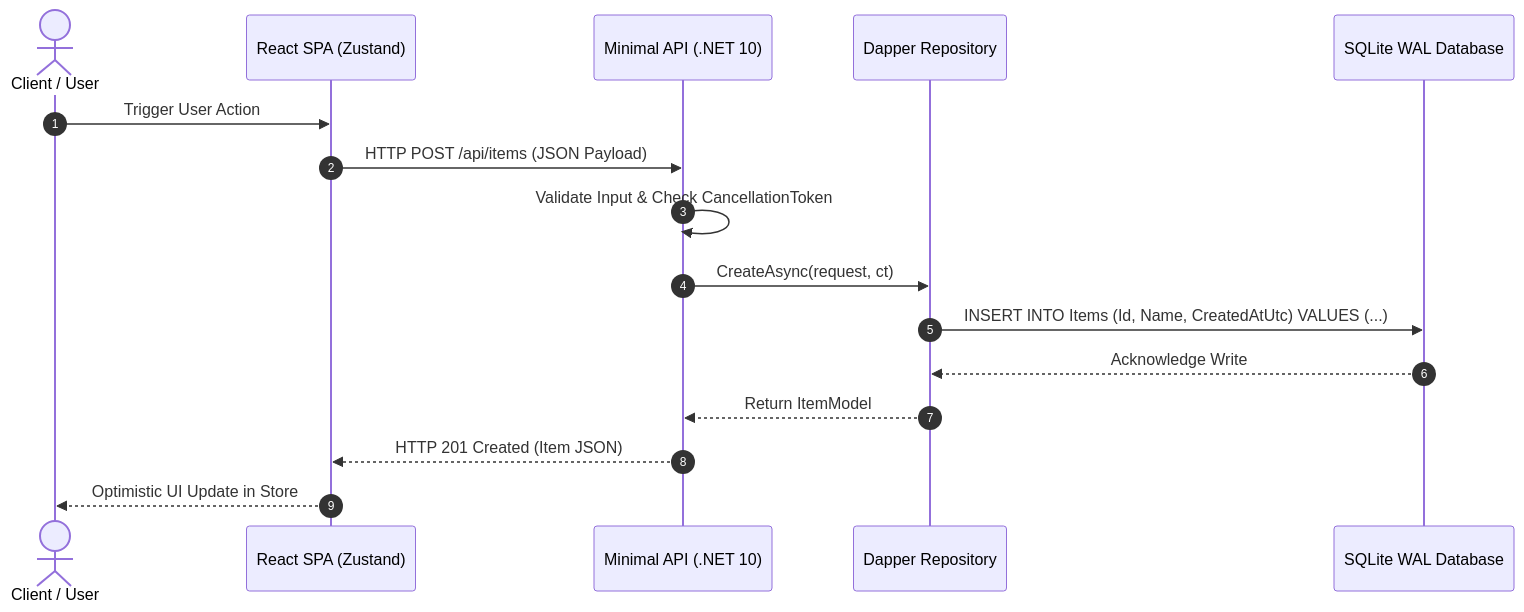
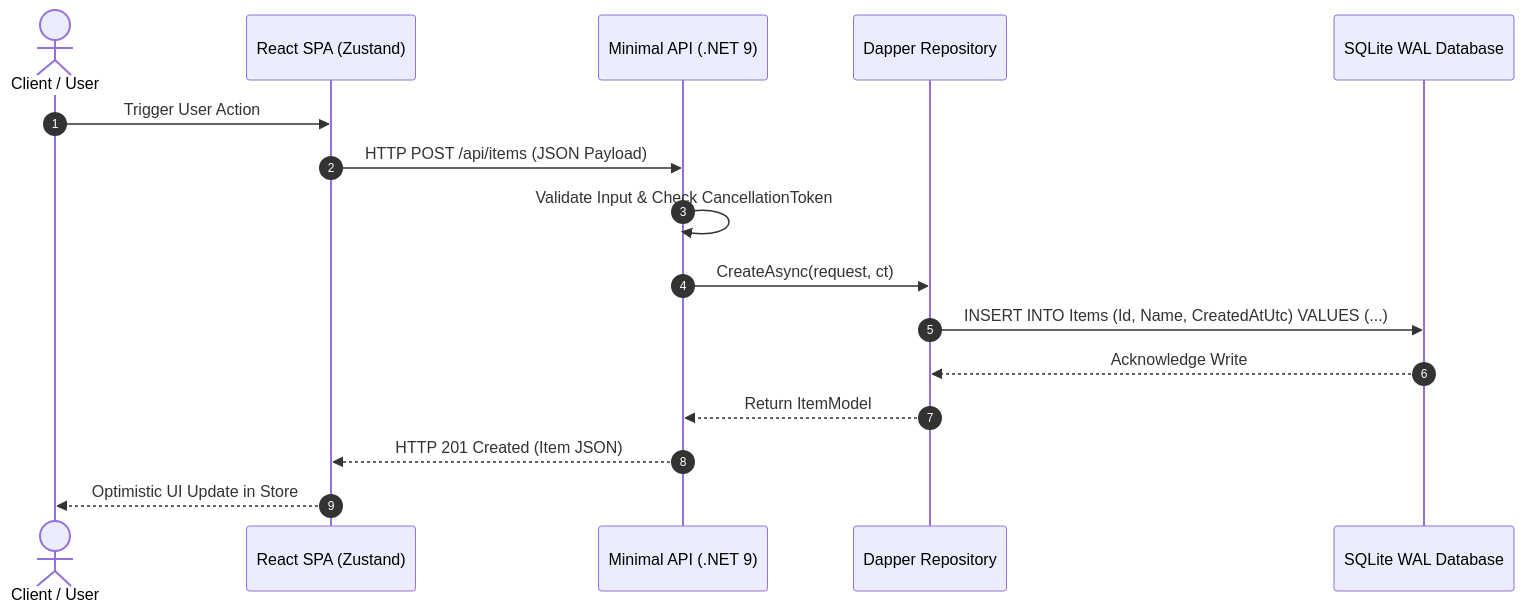
One commit to spelech/AgenticEngineeringToolbelt changed the second of 2 diagrams in templates/docs/ARCHITECTURE.md. Above: the diagram before and after it, drawn with Mermaid. The commit also changed other lines of this file and 12 other files, not shown here.

Commit message:
fix(standards,templates): harmonize .NET 9 versions, CI triggers, and feedback envelope schemas

````diff
--- a/templates/docs/ARCHITECTURE.md
+++ b/templates/docs/ARCHITECTURE.md
@@ -47,19 +47,19 @@
 ```mermaid
 sequenceDiagram
     autonumber
     actor User as Client / User
     participant Frontend as React SPA (Zustand)
-    participant API as Minimal API (.NET 10)
+    participant API as Minimal API (.NET 9)
     participant Repo as Dapper Repository
     participant DB as SQLite WAL Database
 
     User->>Frontend: Trigger User Action
     Frontend->>API: HTTP POST /api/items (JSON Payload)
     API->>API: Validate Input & Check CancellationToken
     API->>Repo: CreateAsync(request, ct)
     Repo->>DB: INSERT INTO Items (Id, Name, CreatedAtUtc) VALUES (...)
     DB-->>Repo: Acknowledge Write
     Repo-->>API: Return ItemModel
     API-->>Frontend: HTTP 201 Created (Item JSON)
     Frontend-->>User: Optimistic UI Update in Store
 ```
````
